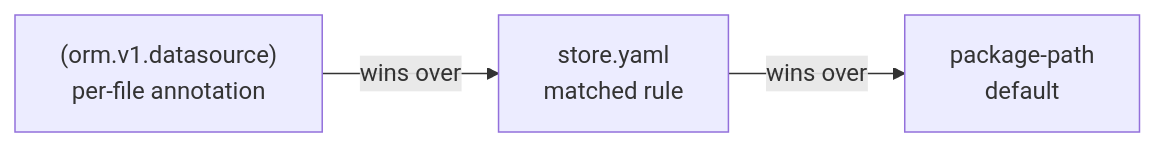
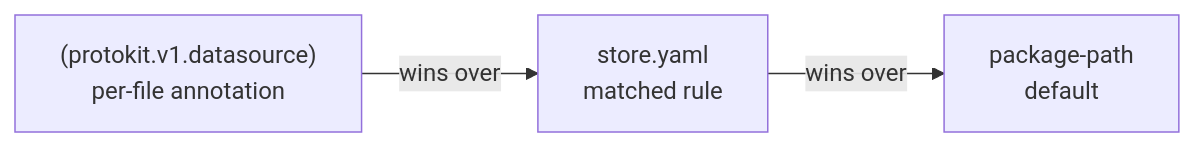
The fourth of 4 diagrams in README.md (the-protobuf-project/store), drawn with Mermaid before and after one commit. The commit also changed other lines of this file and 24 other files, not shown here.

First line of the commit message:
Refactor proto files to migrate from orm.v1 to protokit.v1 and store.v1 annotations

````diff
--- a/README.md
+++ b/README.md
@@ -762,5 +804,5 @@
 ```mermaid
 flowchart LR
-    A["(orm.v1.datasource)<br/>per-file annotation"] -->|wins over| B["store.yaml<br/>matched rule"]
+    A["(protokit.v1.datasource)<br/>per-file annotation"] -->|wins over| B["store.yaml<br/>matched rule"]
     B -->|wins over| C["package-path<br/>default"]
 ```
````
